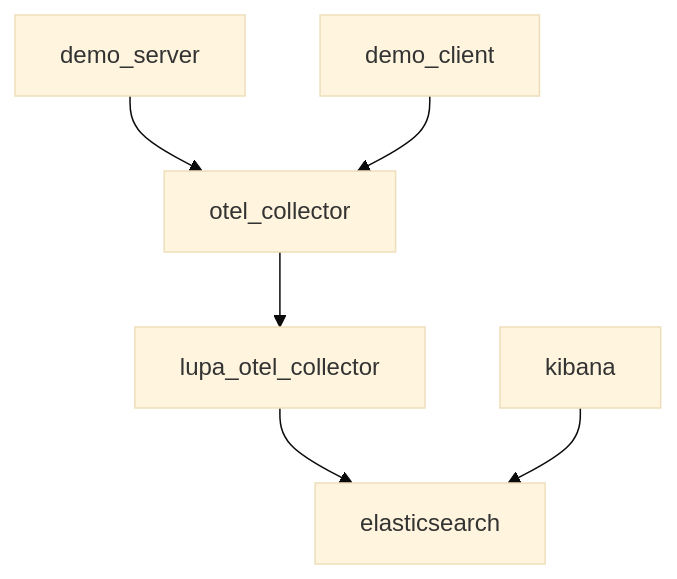
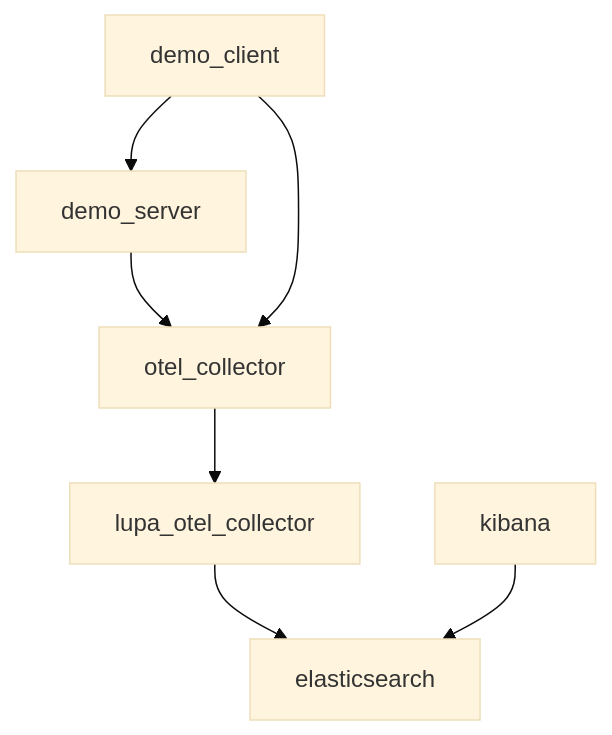
Before and after one commit to teletrace/teletrace: the diagram in demo/README.md, drawn with Mermaid (base theme).

Commit message:
Update graph flow

````diff
--- a/demo/README.md
+++ b/demo/README.md
@@ -5,8 +5,9 @@
 ```mermaid
 graph TD;
   demo_server-->otel_collector;
   demo_client-->otel_collector;
+  demo_client-->demo_server;
   otel_collector-->lupa_otel_collector;
   lupa_otel_collector-->elasticsearch;
   kibana-->elasticsearch;
 ```
````
